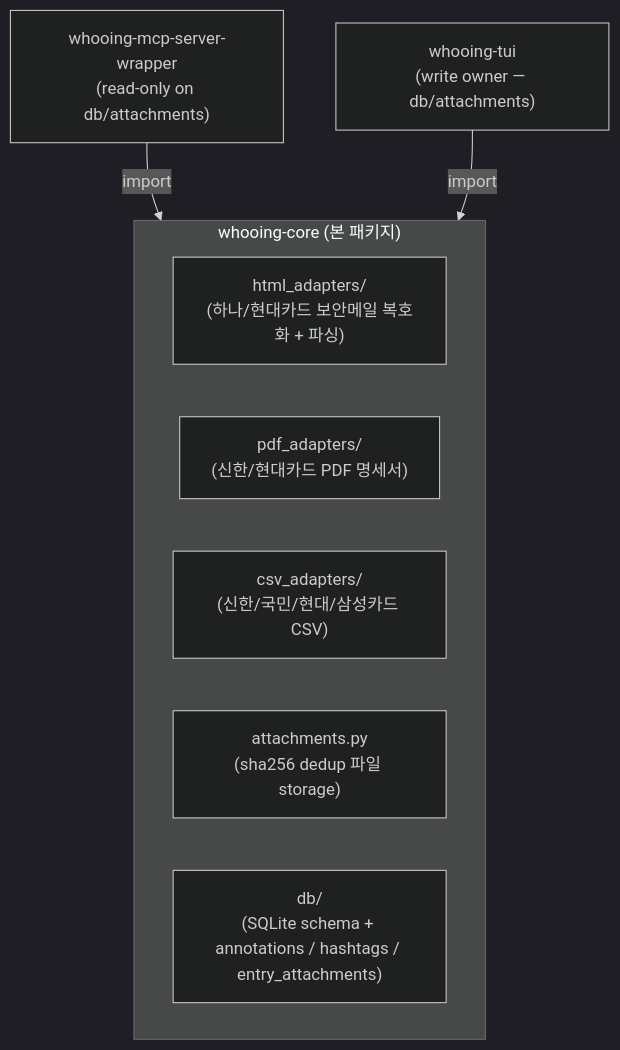
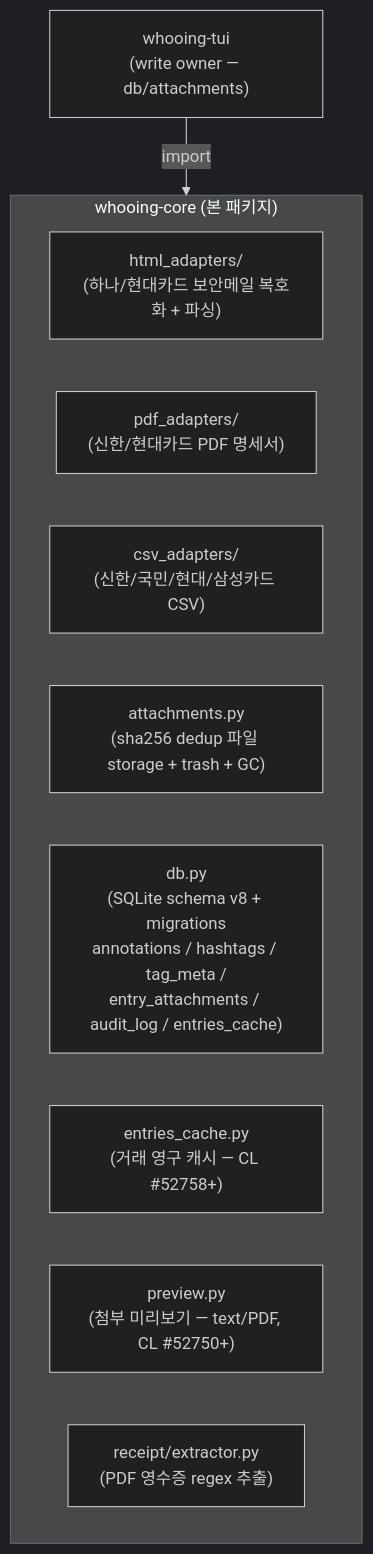
Before and after one commit to neoocean/whooing-tui: the diagram in core/README.md, drawn with Mermaid (dark theme). The commit also changed other lines of this file and 5 other files, not shown here.

````diff
--- a/core/README.md
+++ b/core/README.md
@@ -9,13 +9,15 @@
 ```mermaid
 flowchart TB
     subgraph core["whooing-core (본 패키지)"]
         A["html_adapters/<br/>(하나/현대카드 보안메일 복호화 + 파싱)"]
         B["pdf_adapters/<br/>(신한/현대카드 PDF 명세서)"]
         C["csv_adapters/<br/>(신한/국민/현대/삼성카드 CSV)"]
-        D["attachments.py<br/>(sha256 dedup 파일 storage)"]
-        E["db/<br/>(SQLite schema + annotations / hashtags / entry_attachments)"]
+        D["attachments.py<br/>(sha256 dedup 파일 storage + trash + GC)"]
+        E["db.py<br/>(SQLite schema v8 + migrations<br/>annotations / hashtags / tag_meta /<br/>entry_attachments / audit_log / entries_cache)"]
+        F["entries_cache.py<br/>(거래 영구 캐시 — CL #52758+)"]
+        G["preview.py<br/>(첨부 미리보기 — text/PDF, CL #52750+)"]
+        H["receipt/extractor.py<br/>(PDF 영수증 regex 추출)"]
     end
 
-    Wrapper["whooing-mcp-server-wrapper<br/>(read-only on db/attachments)"] -->|import| core
     TUI["whooing-tui<br/>(write owner — db/attachments)"] -->|import| core
 ```
````
